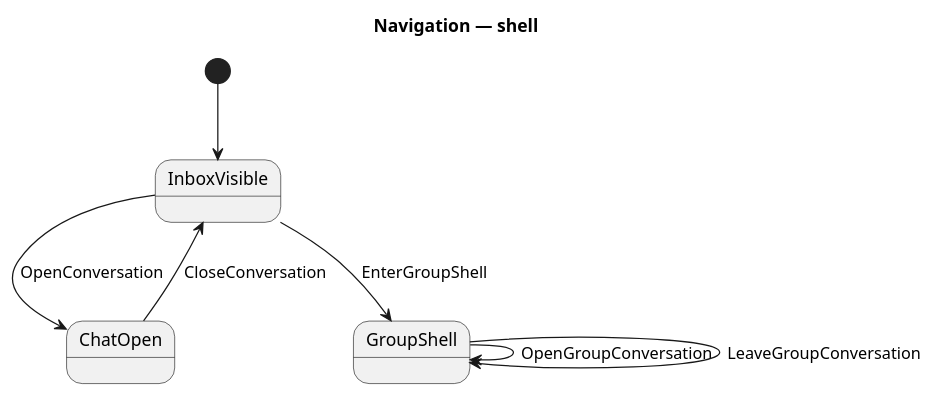
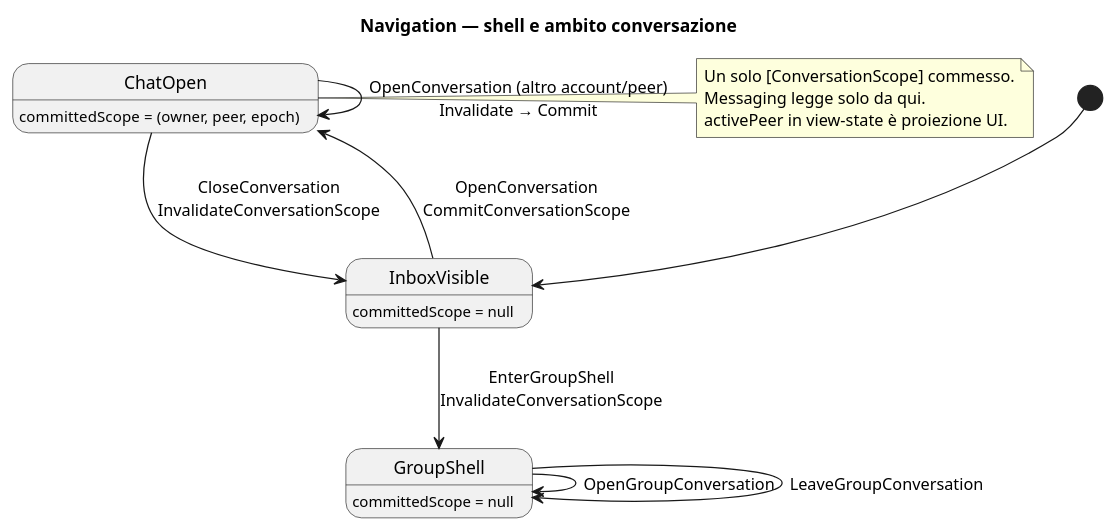
The diagram in docs/model/uml/navigation/navigation-shell-state.puml (alfred-im/alfred-im), drawn with PlantUML before and after one commit. The commit also changed 20 other files, not shown here.

First line of the commit message:
refactor(nav): ConversationScope in NavigationMachine, OpenConversation unificato

```diff
--- a/docs/model/uml/navigation/navigation-shell-state.puml
+++ b/docs/model/uml/navigation/navigation-shell-state.puml
@@ -1,23 +1,30 @@
 @startuml navigation-shell-state
 ' Context: navigation
 ' Profile: client
 ' Revision: 2026-07-19
-' Statechart: NavigationShellState (inboxVisible, chatOpen, groupShell)
+' Statechart: NavigationShellState + ConversationScope
 
-title Navigation — shell
+title Navigation — shell e ambito conversazione
 
-state InboxVisible
-state ChatOpen
-state GroupShell
+state InboxVisible : committedScope = null
+state ChatOpen : committedScope = (owner, peer, epoch)
+state GroupShell : committedScope = null
 
 [*] --> InboxVisible
 
-InboxVisible --> ChatOpen : OpenConversation
-InboxVisible --> GroupShell : EnterGroupShell
+InboxVisible --> ChatOpen : OpenConversation\nCommitConversationScope
+InboxVisible --> GroupShell : EnterGroupShell\nInvalidateConversationScope
 
-ChatOpen --> InboxVisible : CloseConversation
+ChatOpen --> InboxVisible : CloseConversation\nInvalidateConversationScope
+ChatOpen --> ChatOpen : OpenConversation (altro account/peer)\nInvalidate → Commit
 
 GroupShell --> GroupShell : OpenGroupConversation
 GroupShell --> GroupShell : LeaveGroupConversation
 
+note right of ChatOpen
+  Un solo [ConversationScope] commesso.
+  Messaging legge solo da qui.
+  activePeer in view-state è proiezione UI.
+end note
+
 @enduml
```
